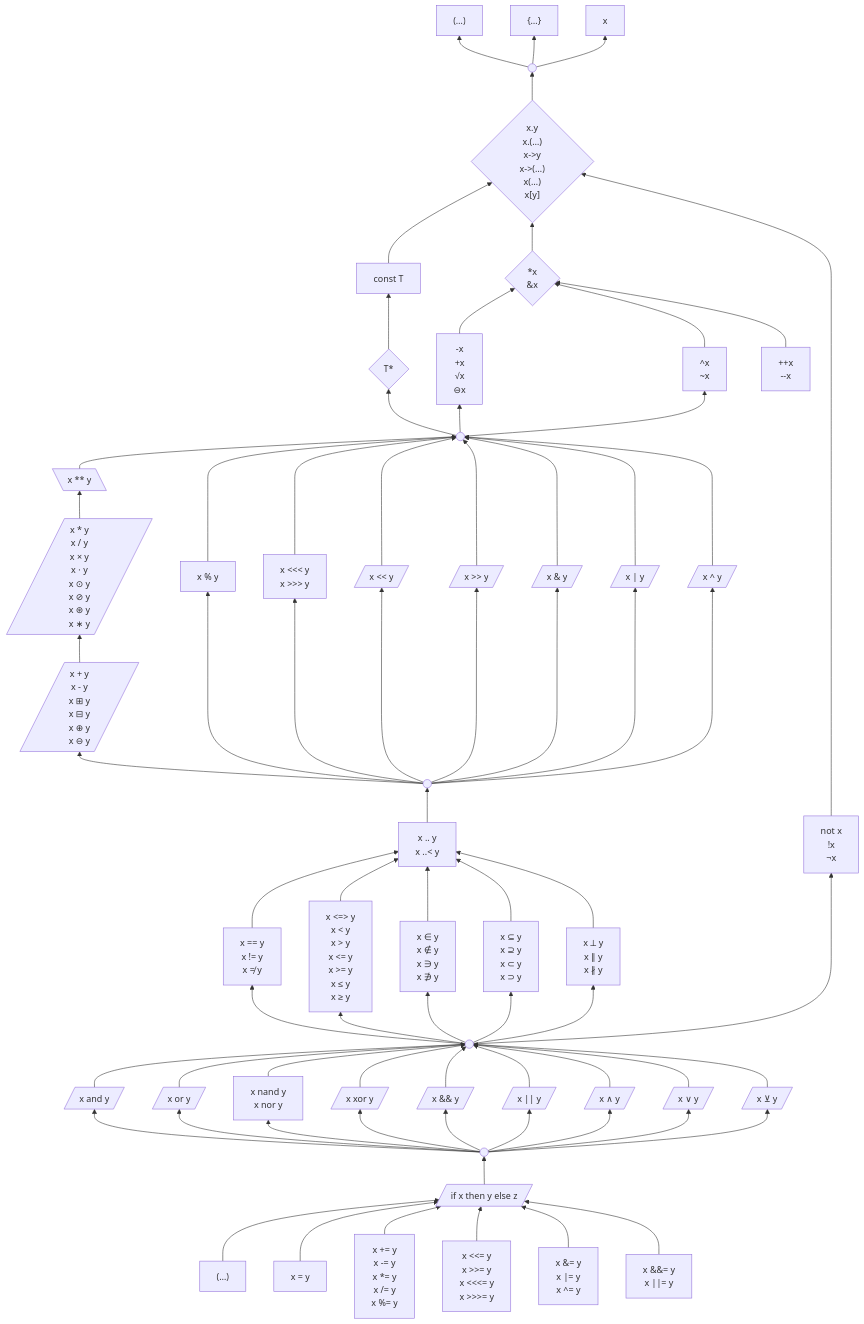
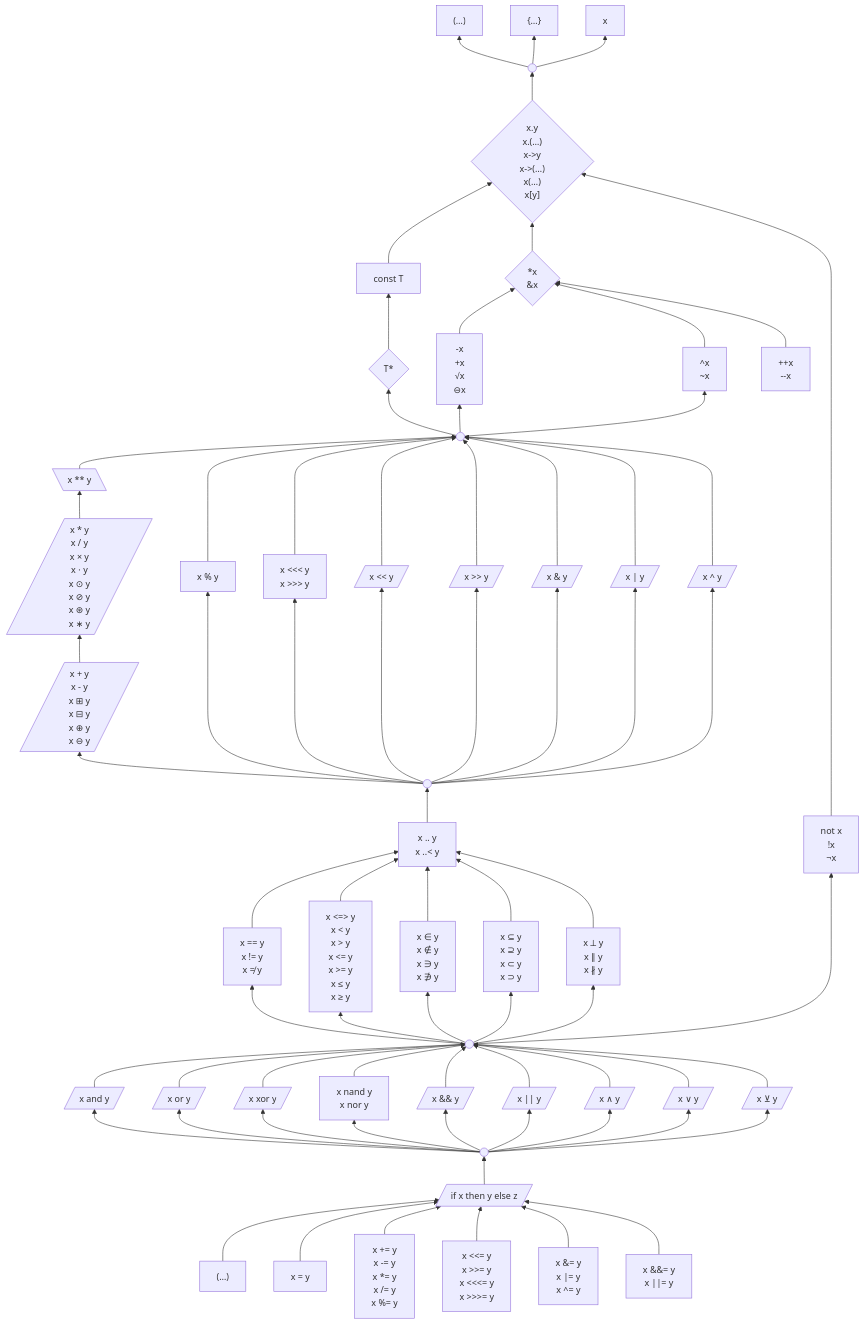
The first of 2 diagrams in 6 .../2 Unfinished Ideas.md (laro/Cilia), drawn with Mermaid before and after one commit.

Commit message:
Remove duplicate xor from logical operands

```diff
--- a/6 .../2 Unfinished Ideas.md
+++ b/6 .../2 Unfinished Ideas.md
@@ -281,12 +281,12 @@
     %% as ------> unary
     %% as["x as T"]
 
-    and & or & nandNor & xor & andAmp & orAmp & andSym & orSym & xorSym --> logicalOperand
+    and & or & xor & nandNor & andAmp & orAmp & andSym & orSym & xorSym --> logicalOperand
     and[/"x and y"/]
     or[/"x or y"/]
+    xor[/"x xor y"/]
     nandNor["x nand y
              x nor y"]
-    xor[/"x xor y"/]
     andAmp[/"x && y"/]
     orAmp[/"x || y"/]
     andSym[/"x ∧ y"/]
@@ -294,7 +294,7 @@
     xorSym[/"x ⊻ y"/]
 
     %% logicalExpression ---> as
-    logicalExpression --> and & or & nandNor & xor & andAmp & orAmp & andSym & orSym & xorSym
+    logicalExpression --> and & or & xor & nandNor & andAmp & orAmp & andSym & orSym & xorSym
     logicalExpression((" "))
 
     ifThenElse --> logicalExpression
```
